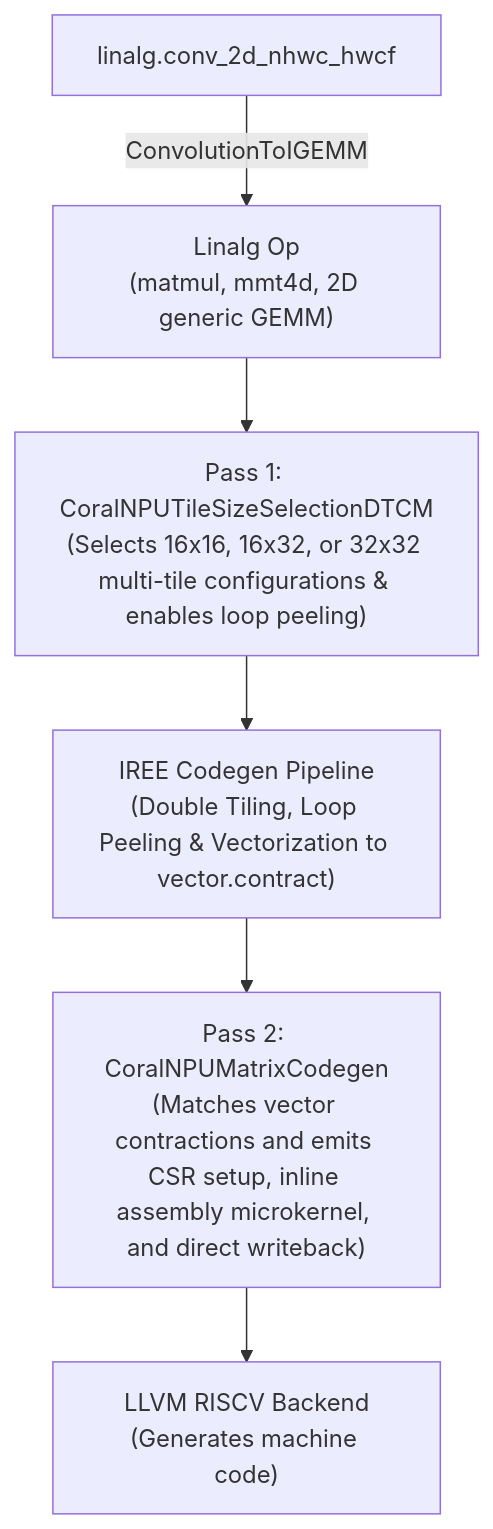
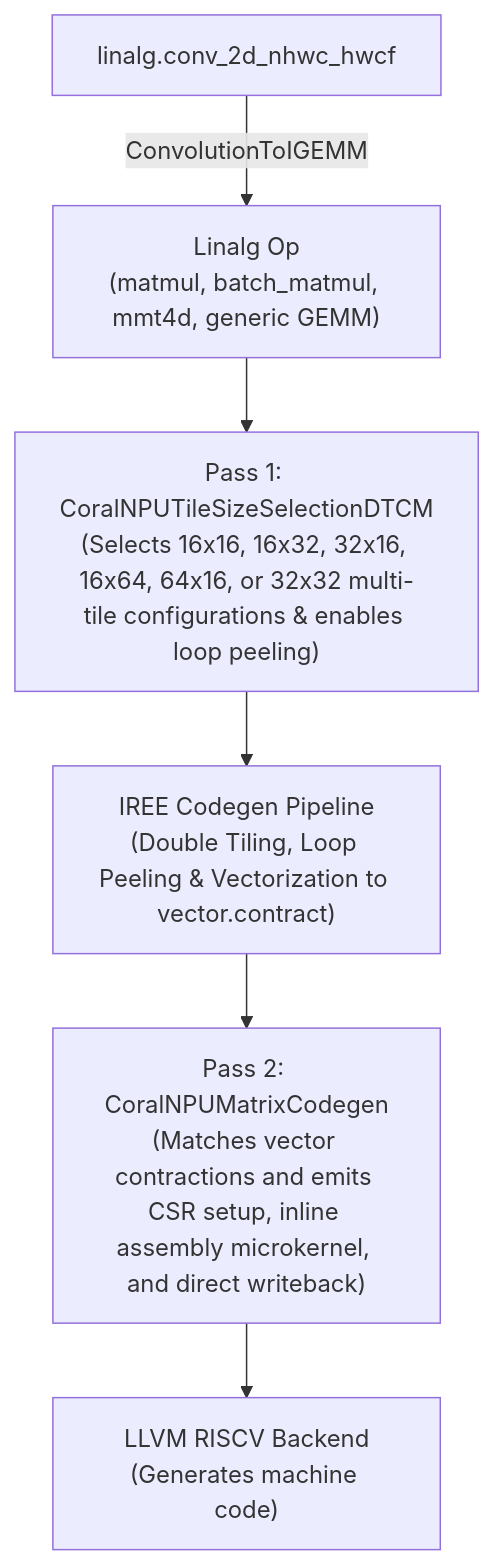
One commit to chudur-budur/coralnpu-compiler changed the diagram in docs/design/matrix_codegen.md. Above: the diagram before and after it, drawn with Mermaid. The commit also changed other lines of this file and 13 other files, not shown here.

````diff
--- a/docs/design/matrix_codegen.md
+++ b/docs/design/matrix_codegen.md
@@ -22,8 +23,8 @@
 ```mermaid
 graph TD
     Conv["linalg.conv_2d_nhwc_hwcf"] -->|ConvolutionToIGEMM| A
-    A["Linalg Op<br>(matmul, mmt4d, 2D generic GEMM)"] --> B["Pass 1: CoralNPUTileSizeSelectionDTCM<br>(Selects 16x16, 16x32, or 32x32 multi-tile configurations & enables loop peeling)"]
+    A["Linalg Op<br>(matmul, batch_matmul, mmt4d, generic GEMM)"] --> B["Pass 1: CoralNPUTileSizeSelectionDTCM<br>(Selects 16x16, 16x32, 32x16, 16x64, 64x16, or 32x32 multi-tile configurations & enables loop peeling)"]
     B --> C["IREE Codegen Pipeline<br>(Double Tiling, Loop Peeling & Vectorization to vector.contract)"]
     C --> D["Pass 2: CoralNPUMatrixCodegen<br>(Matches vector contractions and emits CSR setup, inline assembly microkernel, and direct writeback)"]
     D --> E["LLVM RISCV Backend<br>(Generates machine code)"]
 ```
````
